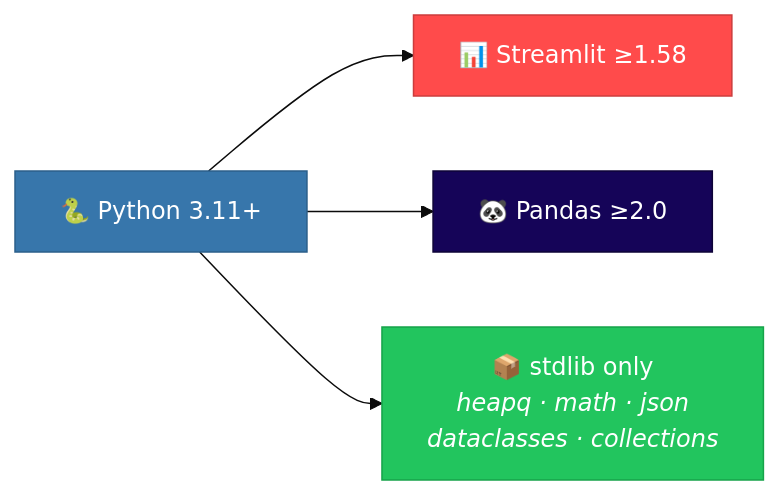
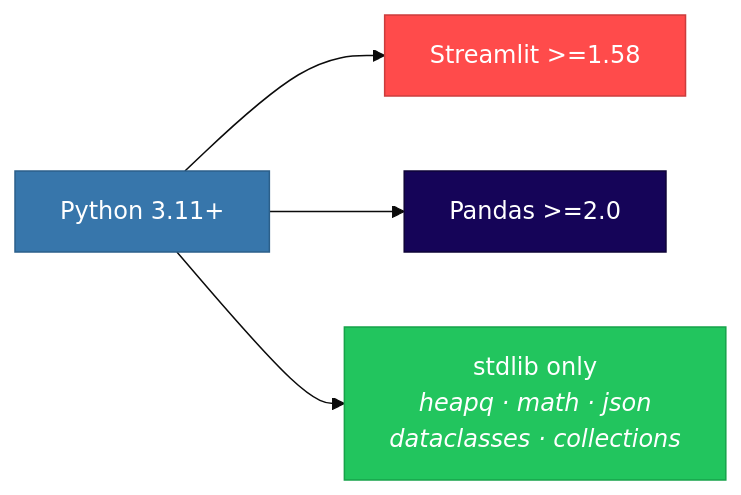
The second of 5 diagrams in README.md (mukulgupta11/bus_charging_scheduler), drawn with Mermaid (base theme) before and after one commit. The commit also changed other lines of this file and 3 other files, not shown here.

````diff
--- a/README.md
+++ b/README.md
@@ -153,11 +153,11 @@
 ```mermaid
 graph LR
-    A["🐍 Python 3.11+"] --> B["📊 Streamlit ≥1.58"]
-    A --> C["🐼 Pandas ≥2.0"]
-    A --> D["📦 stdlib only<br/><i>heapq · math · json<br/>dataclasses · collections</i>"]
+    A["Python 3.11+"] --> B["Streamlit >=1.58"]
+    A --> C["Pandas >=2.0"]
+    A --> D["stdlib only<br/><i>heapq · math · json<br/>dataclasses · collections</i>"]
 
     style A fill:#3776AB,color:#fff,stroke:#2B5F8A
     style B fill:#FF4B4B,color:#fff,stroke:#CC3C3C
     style C fill:#150458,color:#fff,stroke:#0E0337
     style D fill:#22C55E,color:#fff,stroke:#16A34A
 ```
````
